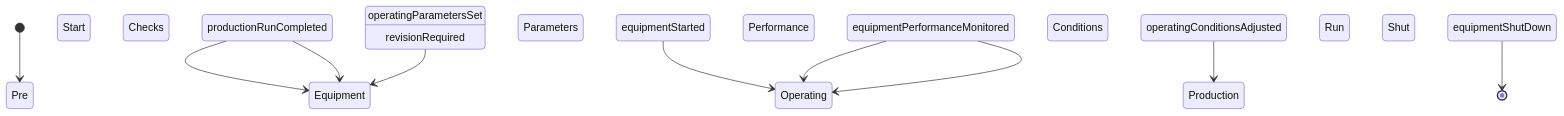
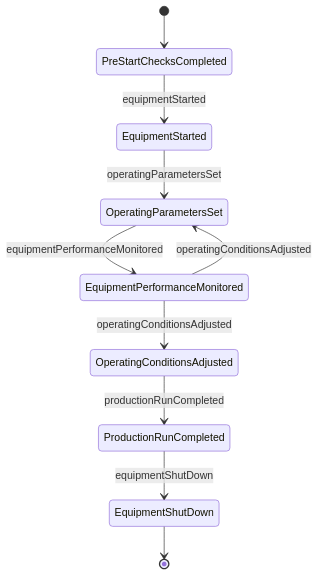
One commit to dot-org-ai/tasks.org.ai changed the second of 4 diagrams in ControllingMachinesAndProcesses/OperateIndustrialProcessingOrProductionEquipment/OperateIndustrialEquipment.mdx. Above: the diagram before and after it, drawn with Mermaid. The commit also changed other lines of this file and 515 other files, not shown here.

````diff
--- a/ControllingMachinesAndProcesses/OperateIndustrialProcessingOrProductionEquipment/OperateIndustrialEquipment.mdx
+++ b/ControllingMachinesAndProcesses/OperateIndustrialProcessingOrProductionEquipment/OperateIndustrialEquipment.mdx
@@ -100,12 +100,12 @@
 ```mermaid
 stateDiagram-v2
-    [*] --> Pre Start Checks Completed
-    Pre Start Checks Completed --> Equipment Started : equipmentStarted
-    Equipment Started --> Operating Parameters Set : operatingParametersSet
-    Operating Parameters Set --> Equipment Performance Monitored : equipmentPerformanceMonitored
-    Equipment Performance Monitored --> Operating Conditions Adjusted : operatingConditionsAdjusted
-    Operating Conditions Adjusted --> Production Run Completed : productionRunCompleted
-    Production Run Completed --> Equipment Shut Down : equipmentShutDown
-    Equipment Performance Monitored --> Operating Parameters Set : revisionRequired
-    Equipment Shut Down --> [*]
+    [*] --> PreStartChecksCompleted
+    PreStartChecksCompleted --> EquipmentStarted : equipmentStarted
+    EquipmentStarted --> OperatingParametersSet : operatingParametersSet
+    OperatingParametersSet --> EquipmentPerformanceMonitored : equipmentPerformanceMonitored
+    EquipmentPerformanceMonitored --> OperatingConditionsAdjusted : operatingConditionsAdjusted
+    OperatingConditionsAdjusted --> ProductionRunCompleted : productionRunCompleted
+    ProductionRunCompleted --> EquipmentShutDown : equipmentShutDown
+    EquipmentPerformanceMonitored --> OperatingParametersSet : operatingConditionsAdjusted
+    EquipmentShutDown --> [*]
 ```
````
